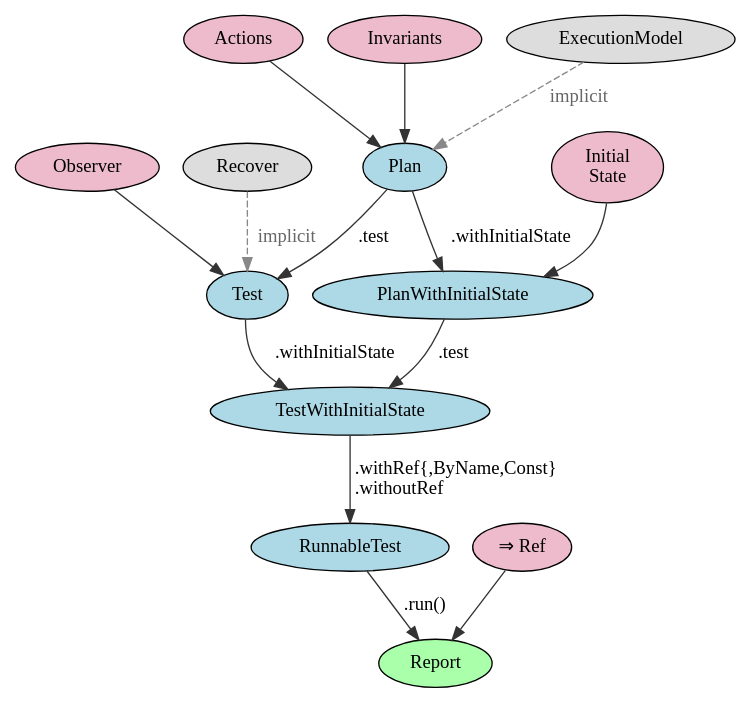
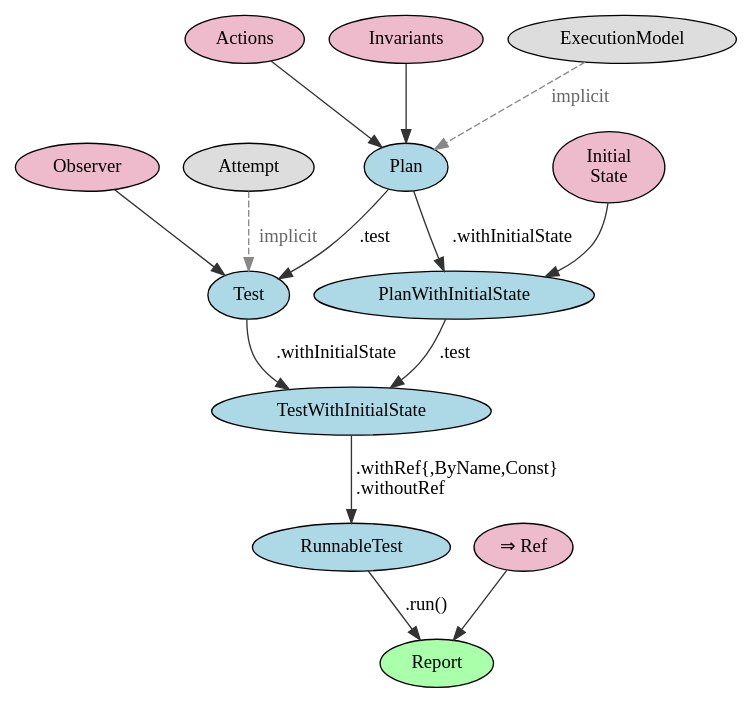
One commit to japgolly/test-state changed the diagram in doc/runner.gv. Above: the diagram before and after it, drawn with Graphviz. The commit also changed 10 other files, not shown here.

Commit message:
Rename Recover to Attempt

```diff
--- a/doc/runner.gv
+++ b/doc/runner.gv
@@ -1,47 +1,47 @@
 digraph G {
 edge[color="#333333"]
 
 // Provided by user
 { node[style=filled fillcolor="#eebbcc"]
   a [label="Actions"]
   i [label="Invariants"]
   is [label="Initial\nState"]
   o [label="Observer"]
   ref [label="⇒ Ref"]
 }
 
 // Nearly always provided automatically
 { node[style=filled fillcolor="#dddddd"]
-  r [label="Recover"]
+  r [label="Attempt"]
   em [label="ExecutionModel"]
 }
 
 
 // Aggregation types
 { node[style=filled fillcolor=lightblue]
   plan [label="Plan"]
   planS [label="PlanWithInitialState"]
   test [label="Test"]
   testS [label="TestWithInitialState"]
   testR [label="RunnableTest"]
 }
 
 run [label="Report" style=filled fillcolor="#aaffaa"]
 
 {edge[style=dashed color="#888888" fontcolor="#666666" label=" implicit"]
 r -> test
 em -> plan
 }
 
 a,i -> plan
 is -> planS
 o -> test
 plan -> planS [label=".withInitialState"]
 plan -> test [label=".test"]
 planS -> testS [label=".test"]
 test -> testS [label=".withInitialState"]
 
 ref -> run
 testS -> testR [label="  .withRef{,ByName,Const}\l  .withoutRef\l"]
 testR -> run [label=".run()"]
 }
```
